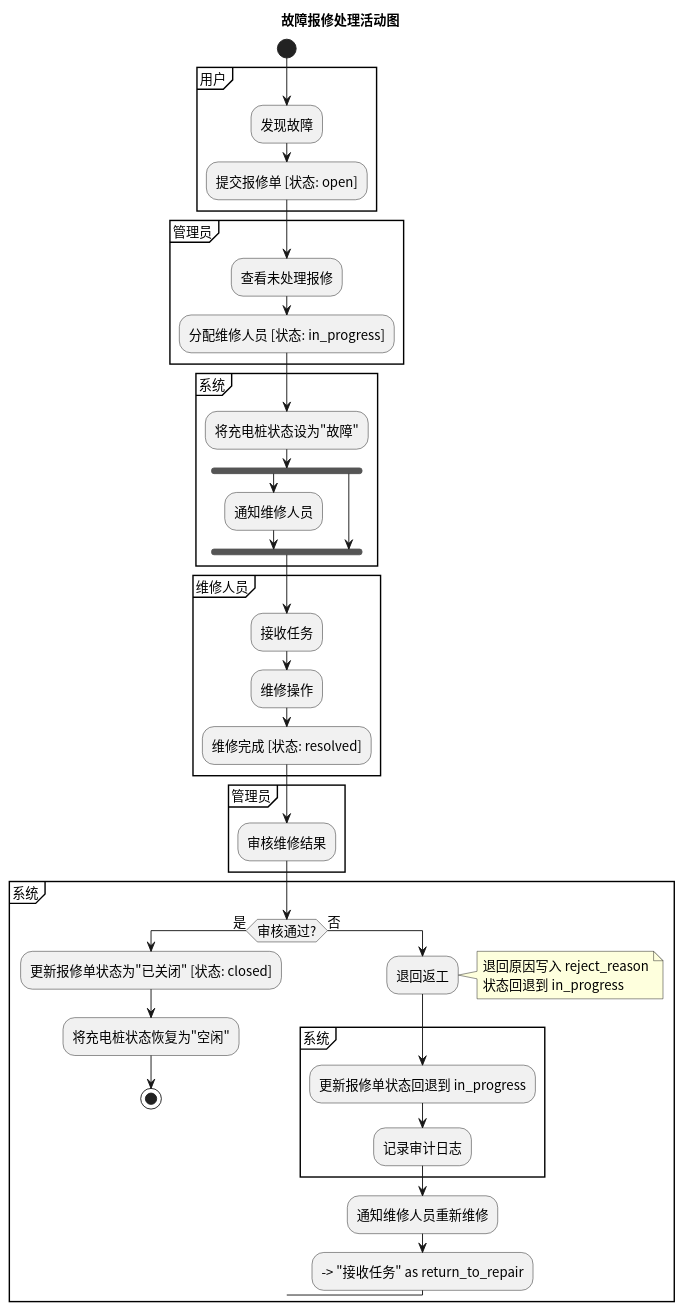
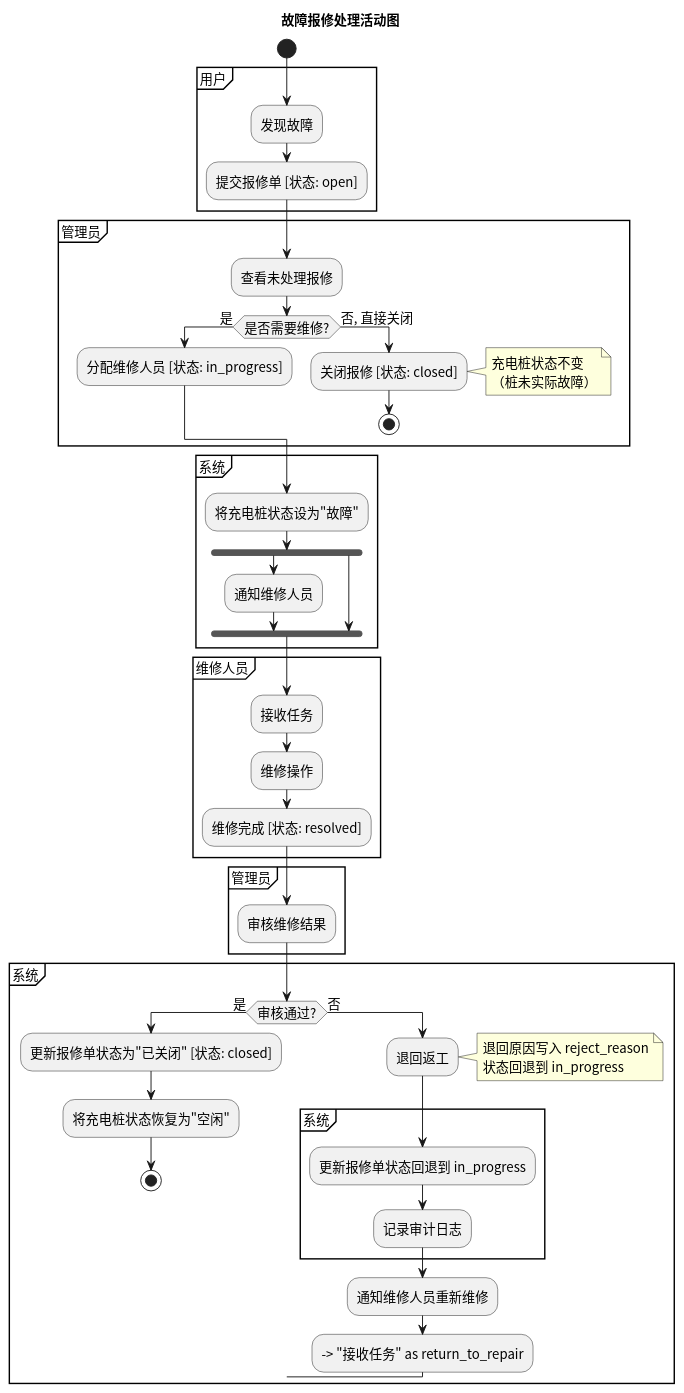
Before and after one commit to greenhandzdl/charging-station-doc: the diagram in activity/src/activity_repair.puml, drawn with PlantUML. The commit also changed 24 other files, not shown here.

First line of the commit message:
fix: 第一轮全量评估修复 — @startuml注释、TOCTOU竞态、登录/注册安全、类图设计模式、活动图报修流程

```diff
--- a/activity/src/activity_repair.puml
+++ b/activity/src/activity_repair.puml
@@ -1,52 +1,58 @@
 @startuml
 skinparam defaultFontName "Noto Sans CJK SC"
 skinparam defaultFontSize 14
 title 故障报修处理活动图
 start
 
 partition "用户" {
   :发现故障;
   :提交报修单 [状态: open];
 }
 
 partition "管理员" {
   :查看未处理报修;
-  :分配维修人员 [状态: in_progress];
+  if (是否需要维修?) then (是)
+    :分配维修人员 [状态: in_progress];
+  else (否, 直接关闭)
+    :关闭报修 [状态: closed];
+    note right: 充电桩状态不变\n（桩未实际故障）
+    stop
+  endif
 }
 
 partition "系统" {
   :将充电桩状态设为"故障";
   fork
     :通知维修人员;
   fork again
   endfork
 }
 
 partition "维修人员" {
   :接收任务;
   :维修操作;
   :维修完成 [状态: resolved];
 }
 
 partition "管理员" {
   :审核维修结果;
 }
 
 partition "系统" {
   if (审核通过?) then (是)
     :更新报修单状态为"已关闭" [状态: closed];
     :将充电桩状态恢复为"空闲";
     stop
   else (否)
     :退回返工;
     note right: 退回原因写入 reject_reason\n状态回退到 in_progress
     partition "系统" {
       :更新报修单状态回退到 in_progress;
       :记录审计日志;
     }
     :通知维修人员重新维修;
     --> "接收任务" as return_to_repair
   endif
 }
 
 @enduml
```
